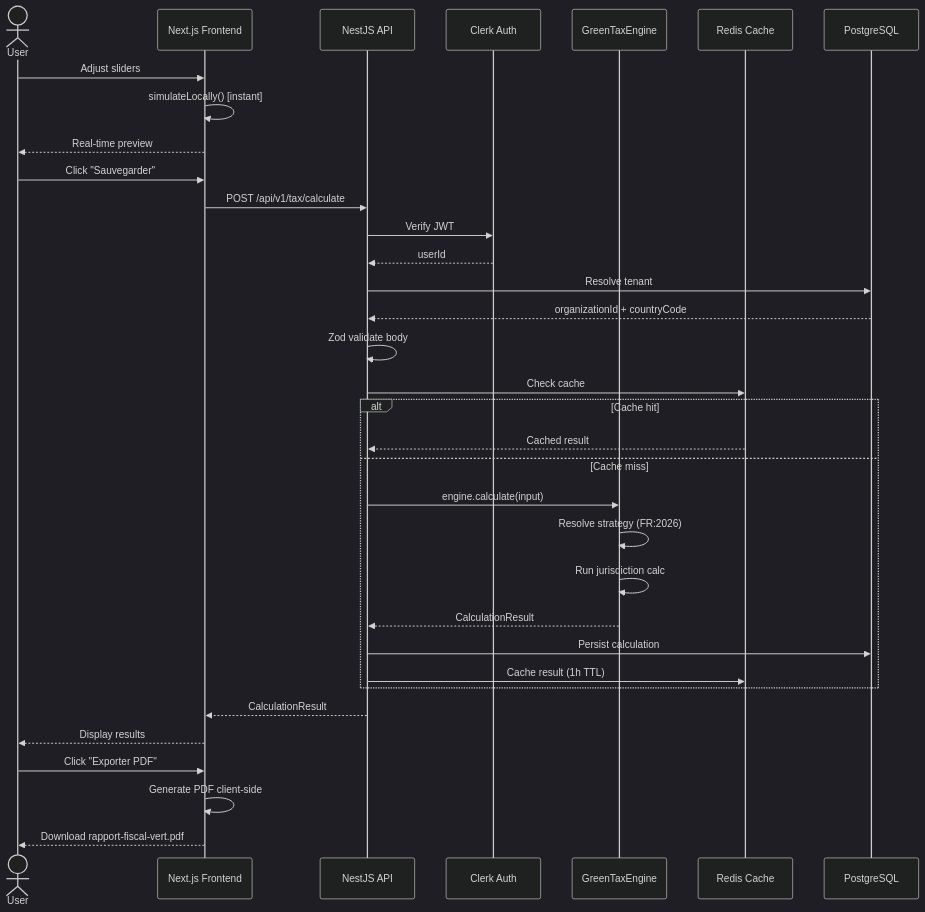
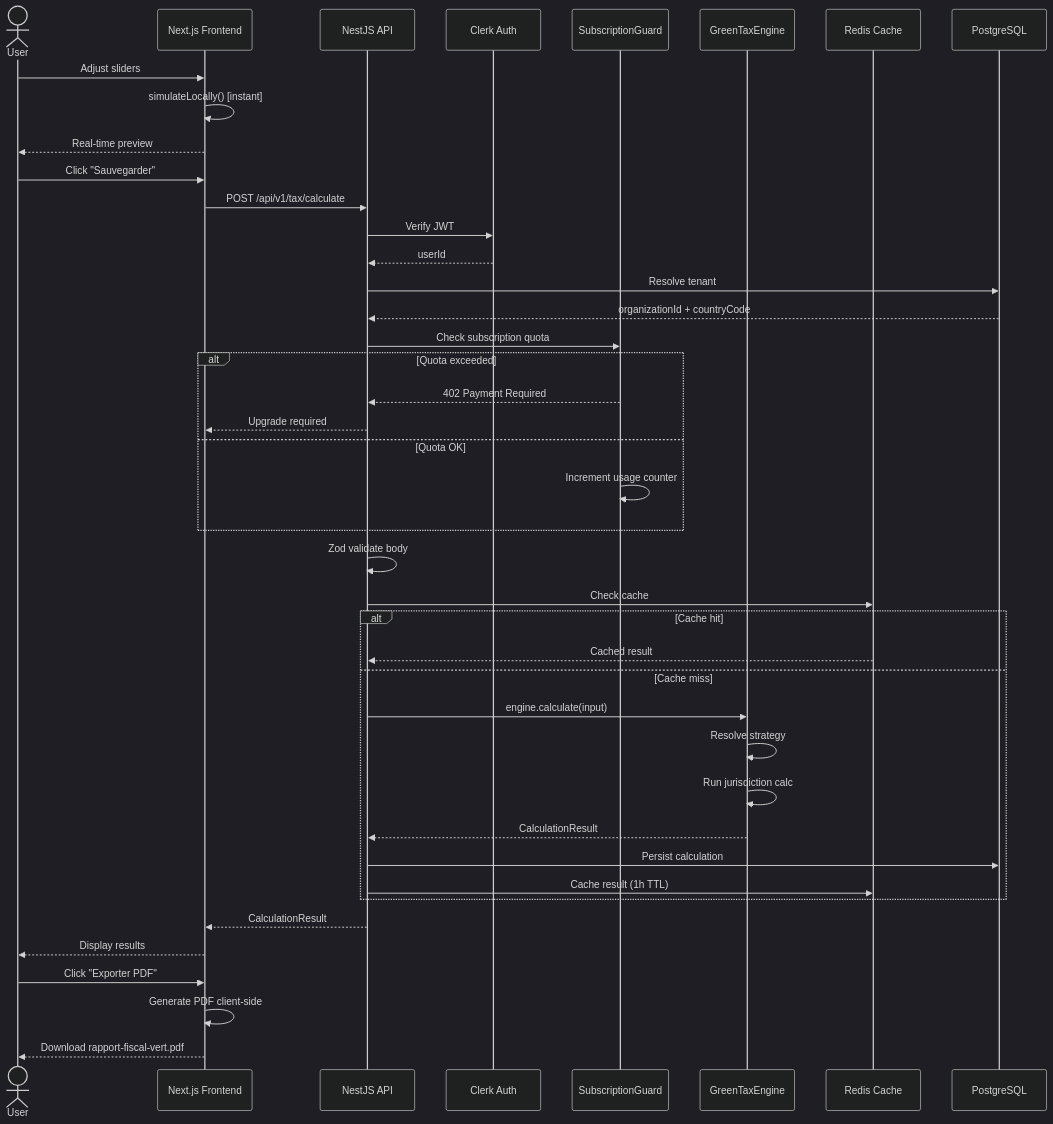
One commit to nabz0r/Global-Green-Tax changed the fourth of 6 diagrams in README.md. Above: the diagram before and after it, drawn with Mermaid (dark theme). The commit also changed other lines of this file and 10 other files, not shown here.

First line of the commit message:
feat: add subscription module with quota management and economic model docs

````diff
--- a/README.md
+++ b/README.md
@@ -116,39 +214,47 @@
 ```mermaid
 sequenceDiagram
     actor User
     participant Web as Next.js Frontend
     participant API as NestJS API
     participant Clerk as Clerk Auth
+    participant Sub as SubscriptionGuard
     participant Engine as GreenTaxEngine
     participant Redis as Redis Cache
     participant DB as PostgreSQL
 
     User->>Web: Adjust sliders
     Web->>Web: simulateLocally() [instant]
     Web-->>User: Real-time preview
 
     User->>Web: Click "Sauvegarder"
     Web->>API: POST /api/v1/tax/calculate
     API->>Clerk: Verify JWT
     Clerk-->>API: userId
     API->>DB: Resolve tenant
     DB-->>API: organizationId + countryCode
+    API->>Sub: Check subscription quota
+    alt Quota exceeded
+        Sub-->>API: 402 Payment Required
+        API-->>Web: Upgrade required
+    else Quota OK
+        Sub->>Sub: Increment usage counter
+    end
     API->>API: Zod validate body
     API->>Redis: Check cache
     alt Cache hit
         Redis-->>API: Cached result
     else Cache miss
         API->>Engine: engine.calculate(input)
-        Engine->>Engine: Resolve strategy (FR:2026)
+        Engine->>Engine: Resolve strategy
         Engine->>Engine: Run jurisdiction calc
         Engine-->>API: CalculationResult
         API->>DB: Persist calculation
         API->>Redis: Cache result (1h TTL)
     end
     API-->>Web: CalculationResult
     Web-->>User: Display results
 
     User->>Web: Click "Exporter PDF"
     Web->>Web: Generate PDF client-side
     Web-->>User: Download rapport-fiscal-vert.pdf
 ```
````
